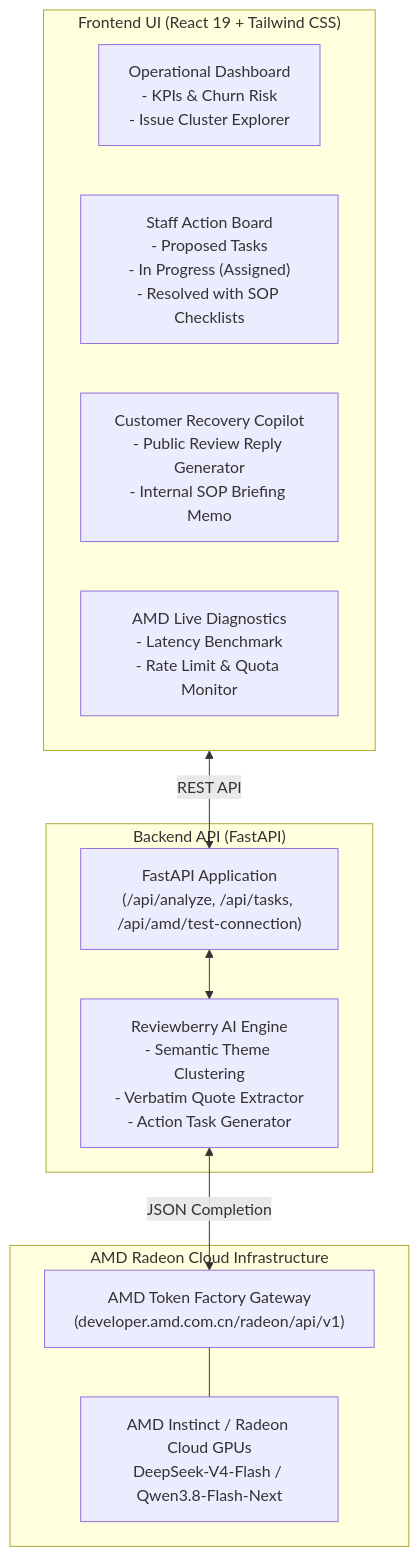
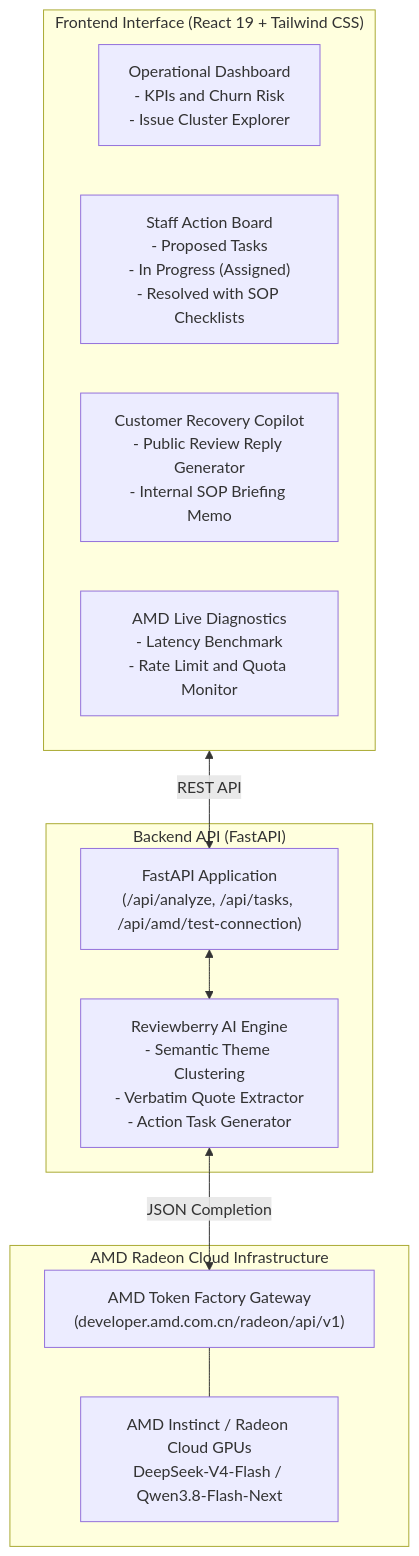
Before and after one commit to senu-io/Reviewberry: the diagram in README.md, drawn with Mermaid. The commit also changed other lines of this file and 1 other file, not shown here.

````diff
--- a/README.md
+++ b/README.md
@@ -60,24 +51,24 @@
 ```mermaid
 flowchart TD
-    subgraph UI["Frontend UI (React 19 + Tailwind CSS)"]
-        Dashboard["Operational Dashboard\n- KPIs & Churn Risk\n- Issue Cluster Explorer"]
+    subgraph UI["Frontend Interface (React 19 + Tailwind CSS)"]
+        Dashboard["Operational Dashboard\n- KPIs and Churn Risk\n- Issue Cluster Explorer"]
         Kanban["Staff Action Board\n- Proposed Tasks\n- In Progress (Assigned)\n- Resolved with SOP Checklists"]
         Recovery["Customer Recovery Copilot\n- Public Review Reply Generator\n- Internal SOP Briefing Memo"]
-        Tester["AMD Live Diagnostics\n- Latency Benchmark\n- Rate Limit & Quota Monitor"]
+        Tester["AMD Live Diagnostics\n- Latency Benchmark\n- Rate Limit and Quota Monitor"]
     end
 
     subgraph API["Backend API (FastAPI)"]
         Router["FastAPI Application\n(/api/analyze, /api/tasks, /api/amd/test-connection)"]
         Engine["Reviewberry AI Engine\n- Semantic Theme Clustering\n- Verbatim Quote Extractor\n- Action Task Generator"]
     end
 
     subgraph AMD["AMD Radeon Cloud Infrastructure"]
         TokenFactory["AMD Token Factory Gateway\n(developer.amd.com.cn/radeon/api/v1)"]
         RadeonGPU["AMD Instinct / Radeon Cloud GPUs\nDeepSeek-V4-Flash / Qwen3.8-Flash-Next"]
     end
 
     UI <-->|REST API| Router
     Router <--> Engine
     Engine <-->|JSON Completion| TokenFactory
     TokenFactory --- RadeonGPU
 ```
````
